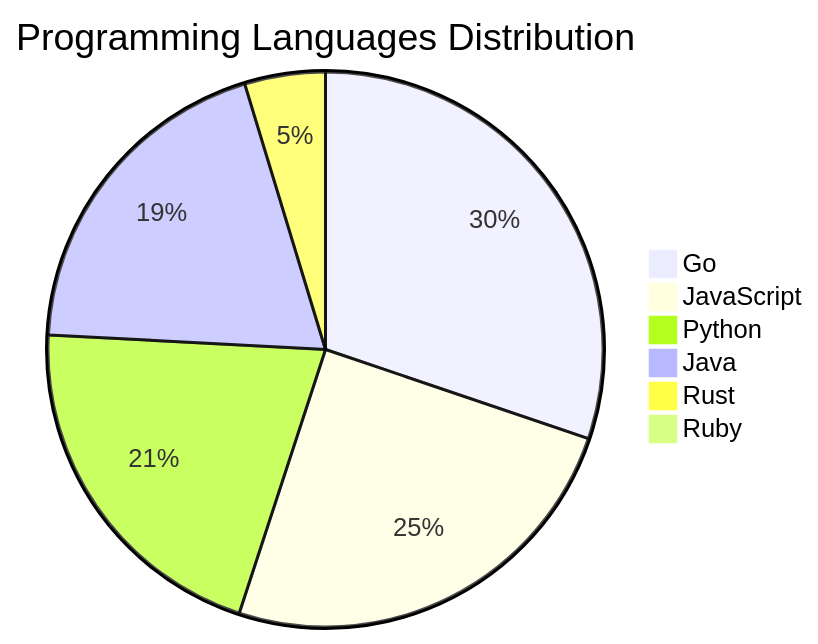
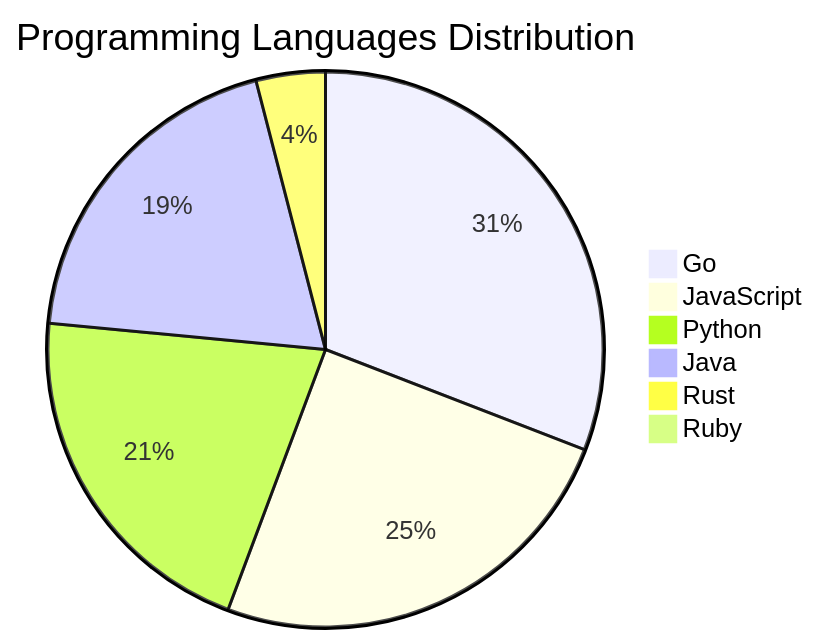
Before and after one commit to Derrick-MUGISHA/github-activity-bot: the diagram in README.md, drawn with Mermaid. The commit also changed other lines of this file and 4 other files, not shown here.

````diff
--- a/README.md
+++ b/README.md
@@ -206,9 +206,9 @@
 ```mermaid
 pie title Programming Languages Distribution
-    "Go" : 45
+    "Go" : 46
     "JavaScript" : 37
     "Python" : 31
     "Java" : 29
-    "Rust" : 7
+    "Rust" : 6
     "Ruby" : 1
 ```
````
